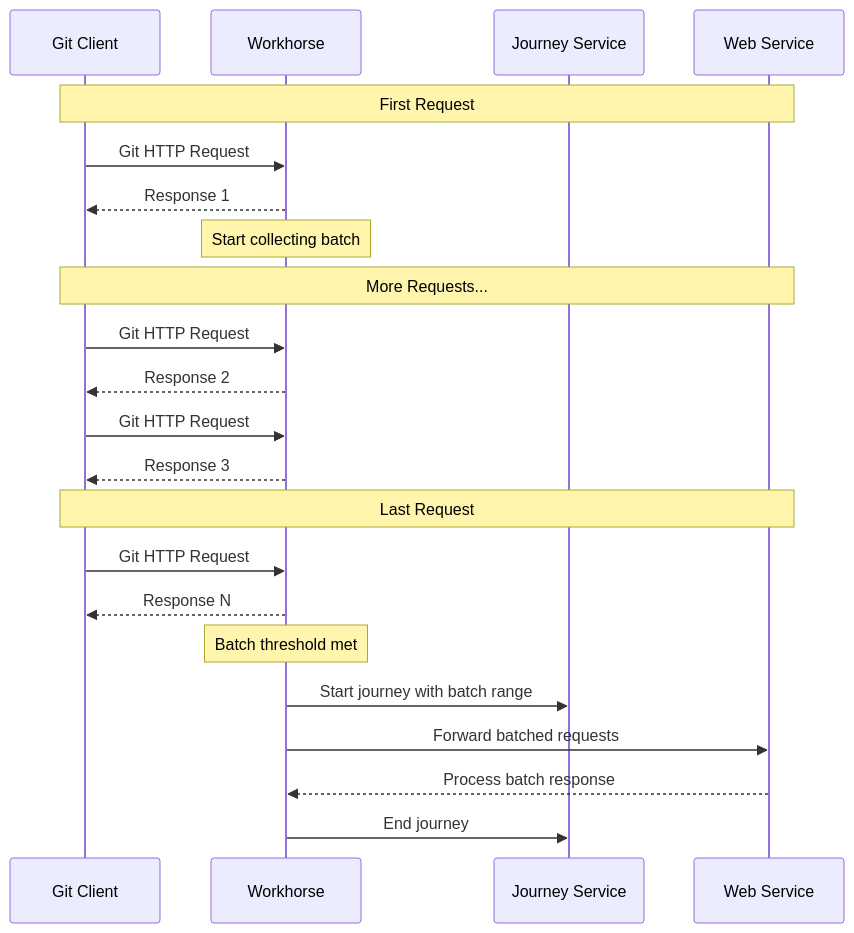
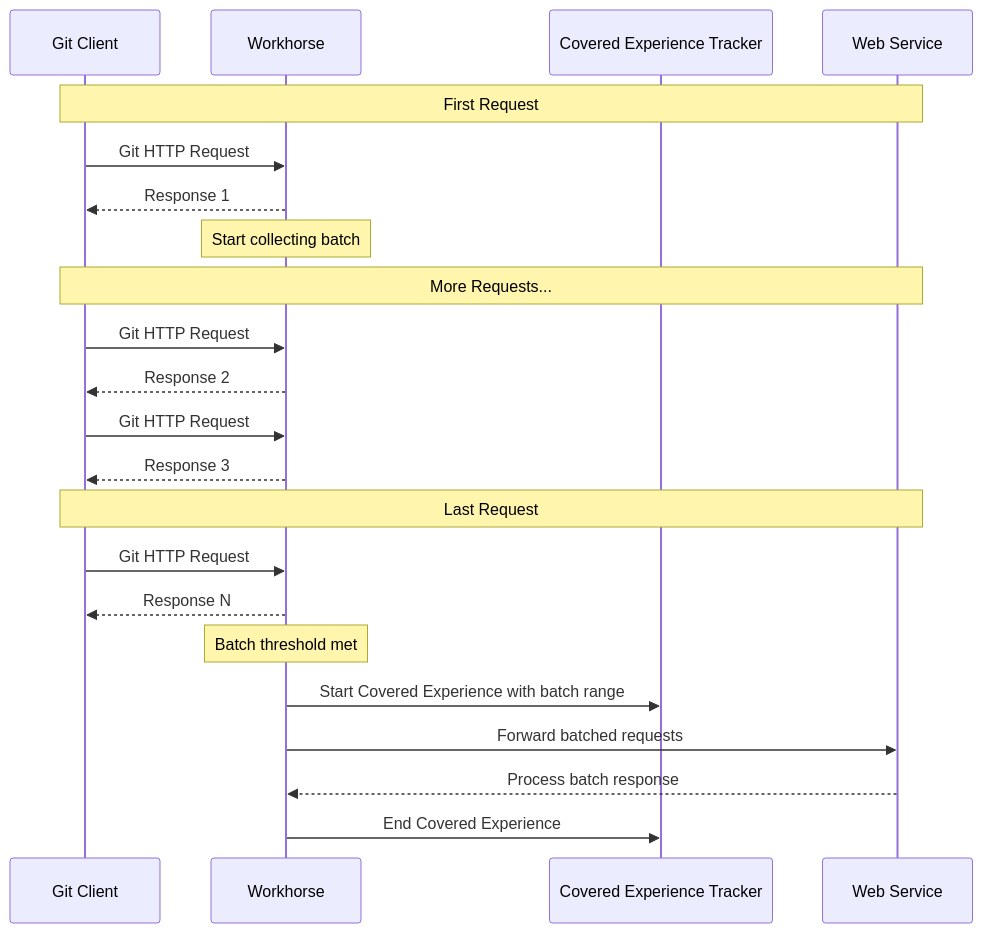
Before and after one commit to zalyoung/gitlab-handbook: the fourth of 4 diagrams in content/handbook/engineering/architecture/design-documents/covered_experience_slis/_index.md, drawn with Mermaid. The commit also changed other lines of this file, not shown here.

Commit message:
fix: Renaming user journey to covered experience on the rest of the document

````diff
--- a/content/handbook/engineering/architecture/design-documents/covered_experience_slis/_index.md
+++ b/content/handbook/engineering/architecture/design-documents/covered_experience_slis/_index.md
@@ -229,28 +227,28 @@
 ```mermaid
 sequenceDiagram
     participant Git as Git Client
     participant WH as Workhorse
-    participant Journey as Journey Service
+    participant Tracker as Covered Experience Tracker
     participant Web as Web Service
 
     Note over Git, Web: First Request
     Git->>WH: Git HTTP Request
     WH-->>Git: Response 1
     Note over WH: Start collecting batch
 
     Note over Git, Web: More Requests...
     Git->>WH: Git HTTP Request
     WH-->>Git: Response 2
     Git->>WH: Git HTTP Request
     WH-->>Git: Response 3
 
     Note over Git,Web: Last Request
     Git->>WH: Git HTTP Request
     WH-->>Git: Response N
 
     Note over WH: Batch threshold met
-    WH->>Journey: Start journey with batch range
+    WH->>Tracker: Start Covered Experience with batch range
     WH->>Web: Forward batched requests
     Web-->>WH: Process batch response
-    WH->>Journey: End journey
+    WH->>Tracker: End Covered Experience
 ```
````
